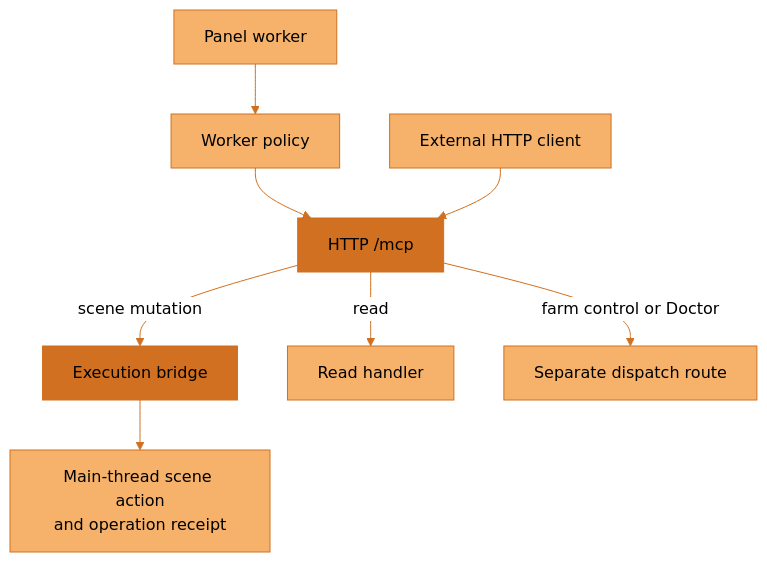
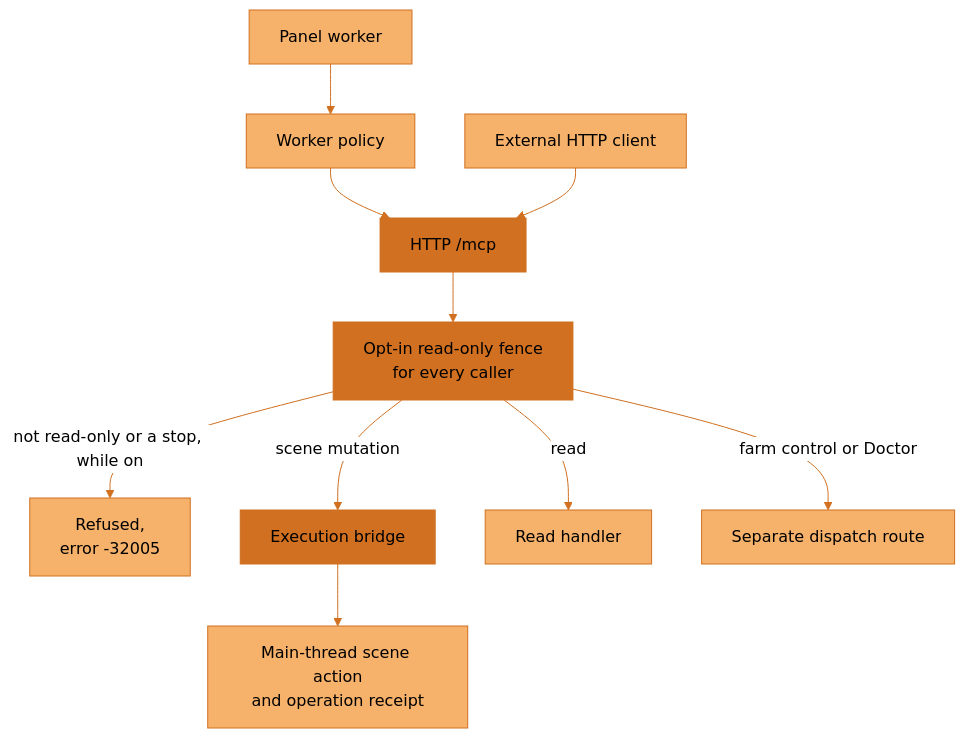
One commit to JosephOIbrahim/Synapse changed the first of 9 diagrams in docs/architecture/overview.md. Above: the diagram before and after it, drawn with Mermaid (neutral theme). The commit also changed other lines of this file and 16 other files, not shown here.

````diff
--- a/docs/architecture/overview.md
+++ b/docs/architecture/overview.md
@@ -29,16 +29,18 @@
 ```mermaid
 flowchart TD
     accTitle: HTTP dispatch separates scene mutations from other tools
-    accDescr: Panel calls pass worker policy before HTTP dispatch. External HTTP clients enter dispatch directly. Ordinary scene mutations use the bridge; reads, farm controls and Doctor have separate routes.
+    accDescr: Panel calls pass worker policy before HTTP dispatch. External HTTP clients enter dispatch directly. When the opt-in read-only mode is on, every caller, the panel included, can run only read-only tools and the stop controls, and any other call is refused with error -32005. Ordinary scene mutations use the bridge; reads, farm controls and Doctor have separate routes.
     P["Panel worker"] --> W["Worker policy"]
     W --> H["HTTP /mcp"]
     E["External HTTP client"] --> H
-    H -->|"scene mutation"| B["Execution bridge"]
-    H -->|"read"| R["Read handler"]
-    H -->|"farm control or Doctor"| D["Separate dispatch route"]
+    H --> F["Opt-in read-only fence<br/>for every caller"]
+    F -->|"not read-only or a stop, while on"| N["Refused,<br/>error -32005"]
+    F -->|"scene mutation"| B["Execution bridge"]
+    F -->|"read"| R["Read handler"]
+    F -->|"farm control or Doctor"| D["Separate dispatch route"]
     B --> S["Main-thread scene action<br/>and operation receipt"]
     classDef default fill:#F6B26B,stroke:#D07020,color:#000000
     classDef synapse fill:#D07020,stroke:#D07020,color:#000000
-    class H,B synapse
+    class H,F,B synapse
     linkStyle default stroke:#D07020
 ```
````
